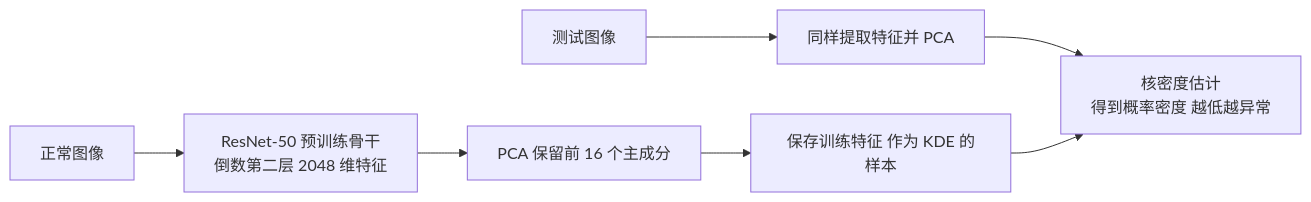
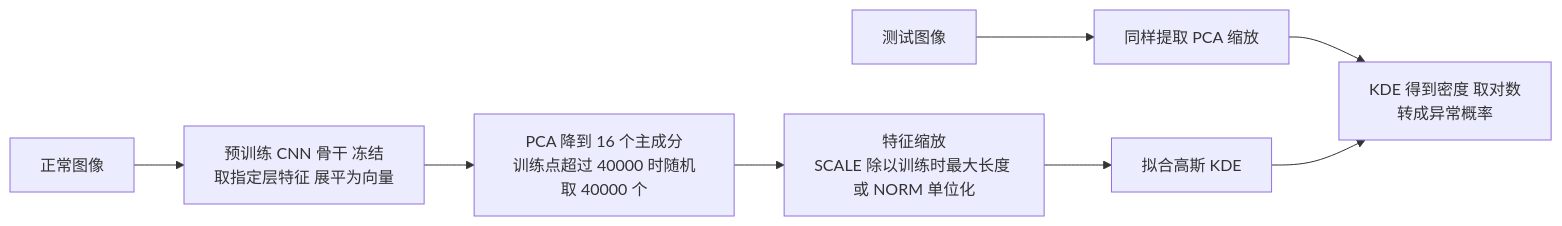
Before and after one commit to junxnone/aiwiki: the diagram in docs/bk/0741_paper_DFKDE.md, drawn with Mermaid. The commit also changed other lines of this file and 1 other file, not shown here.

````diff
--- a/docs/bk/0741_paper_DFKDE.md
+++ b/docs/bk/0741_paper_DFKDE.md
@@ -25,9 +26,10 @@
 ``` mermaid
 graph LR
-    A["正常图像"] --> B["ResNet-50 预训练骨干<br/>倒数第二层 2048 维特征"]
-    B --> C["PCA 保留前 16 个主成分"]
-    C --> D["保存训练特征 作为 KDE 的样本"]
-    T["测试图像"] --> E["同样提取特征并 PCA"]
-    E --> F["核密度估计<br/>得到概率密度 越低越异常"]
-    D --> F
+    A["正常图像"] --> B["预训练 CNN 骨干 冻结<br/>取指定层特征 展平为向量"]
+    B --> C["PCA 降到 16 个主成分<br/>训练点超过 40000 时随机取 40000 个"]
+    C --> D["特征缩放<br/>SCALE 除以训练时最大长度 或 NORM 单位化"]
+    D --> E["拟合高斯 KDE"]
+    T["测试图像"] --> F["同样提取 PCA 缩放"]
+    F --> G["KDE 得到密度 取对数<br/>转成异常概率"]
+    E --> G
 ```
````
